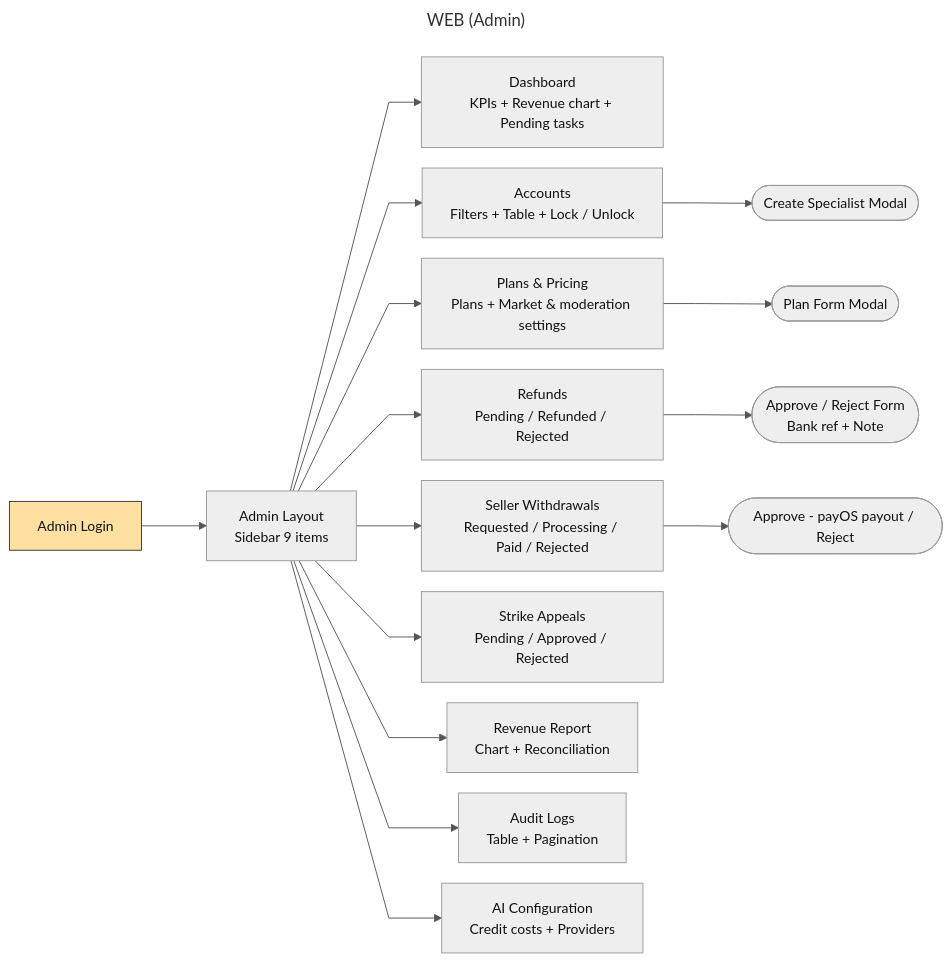
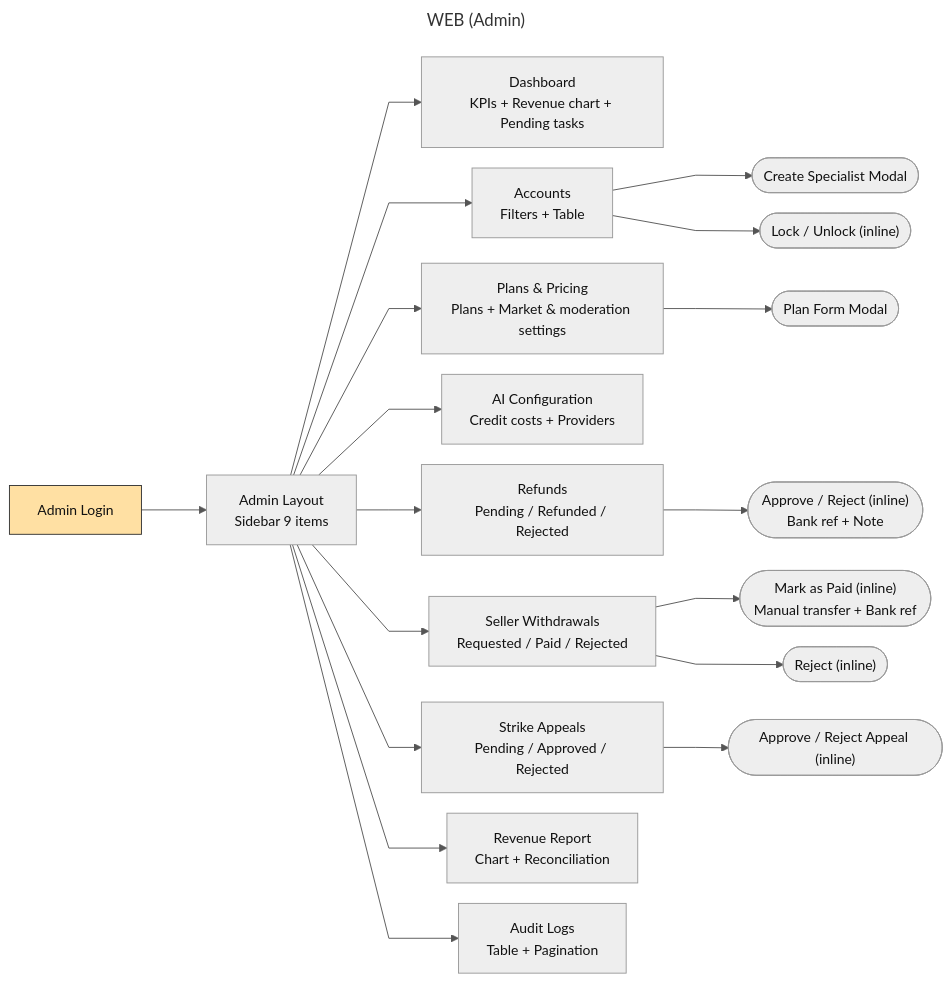
One commit to SEP490-GFA26SE186/BE changed the diagram in docs/diagrams/srs/screen-flow-admin.mmd. Above: the diagram before and after it, drawn with Mermaid. The commit also changed 4 other files, not shown here.

```diff
--- a/docs/diagrams/srs/screen-flow-admin.mmd
+++ b/docs/diagrams/srs/screen-flow-admin.mmd
@@ -1,22 +1,25 @@
 ---
 title: WEB (Admin)
 ---
 %%{init: {"flowchart": {"curve": "linear", "nodeSpacing": 22, "rankSpacing": 70}, "themeVariables": {"fontFamily": "Arial", "fontSize": "15px", "lineColor": "#555555"}}}%%
 flowchart LR
   Login["Admin Login"]:::start --> L["Admin Layout<br/>Sidebar 9 items"]
   L --> Dash["Dashboard<br/>KPIs + Revenue chart + Pending tasks"]
-  L --> Acc["Accounts<br/>Filters + Table + Lock / Unlock"]
+  L --> Acc["Accounts<br/>Filters + Table"]
   Acc --> SpecM(["Create Specialist Modal"])
+  Acc --> Lock(["Lock / Unlock (inline)"])
   L --> Plans["Plans & Pricing<br/>Plans + Market & moderation settings"]
   Plans --> PlanM(["Plan Form Modal"])
+  L --> AIC["AI Configuration<br/>Credit costs + Providers"]
   L --> Ref["Refunds<br/>Pending / Refunded / Rejected"]
-  Ref --> RefD(["Approve / Reject Form<br/>Bank ref + Note"])
-  L --> WD["Seller Withdrawals<br/>Requested / Processing / Paid / Rejected"]
-  WD --> WDD(["Approve - payOS payout / Reject"])
+  Ref --> RefD(["Approve / Reject (inline)<br/>Bank ref + Note"])
+  L --> WD["Seller Withdrawals<br/>Requested / Paid / Rejected"]
+  WD --> Paid(["Mark as Paid (inline)<br/>Manual transfer + Bank ref"])
+  WD --> WDR(["Reject (inline)"])
   L --> App["Strike Appeals<br/>Pending / Approved / Rejected"]
+  App --> AppD(["Approve / Reject Appeal (inline)"])
   L --> Rev["Revenue Report<br/>Chart + Reconciliation"]
   L --> Log["Audit Logs<br/>Table + Pagination"]
-  L --> AIC["AI Configuration<br/>Credit costs + Providers"]
   classDef default fill:#EEEEEE,stroke:#999999,color:#111111
   classDef start fill:#FFE0A3,stroke:#333333,color:#111111
   classDef ext fill:#FFFFFF,stroke:#555555,stroke-dasharray:5 4,color:#111111
```
